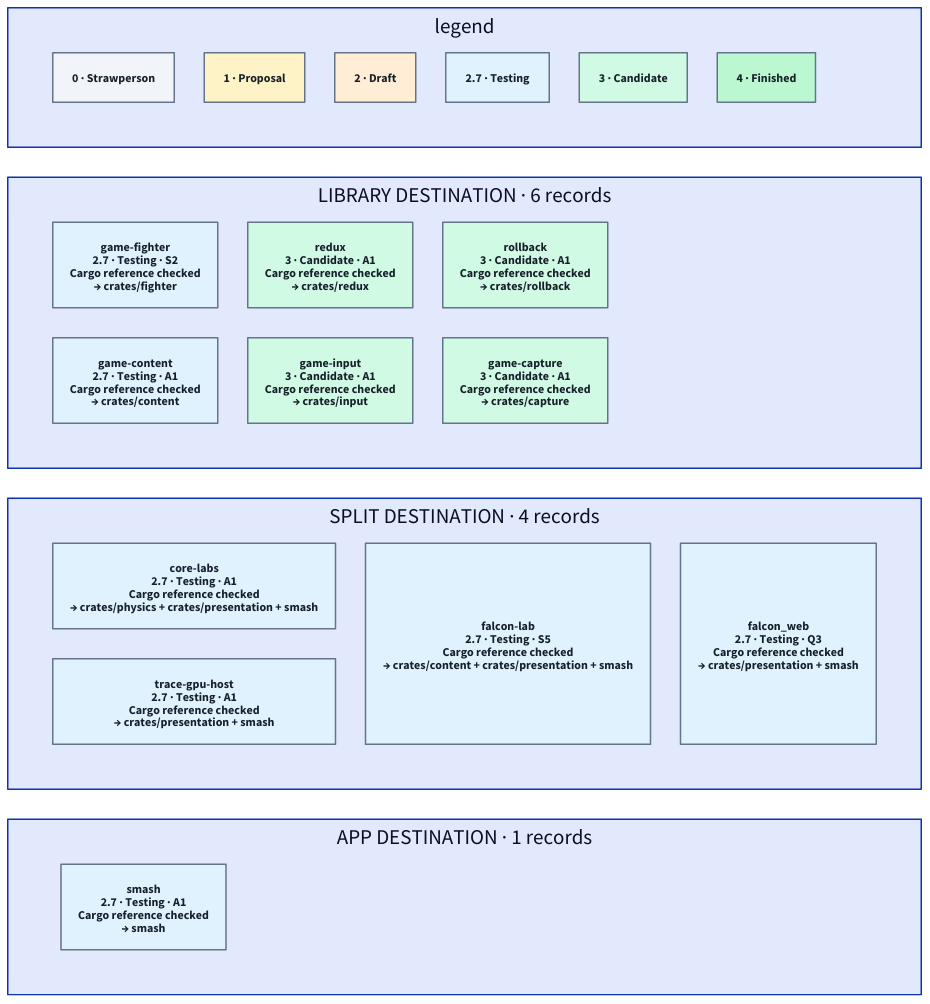
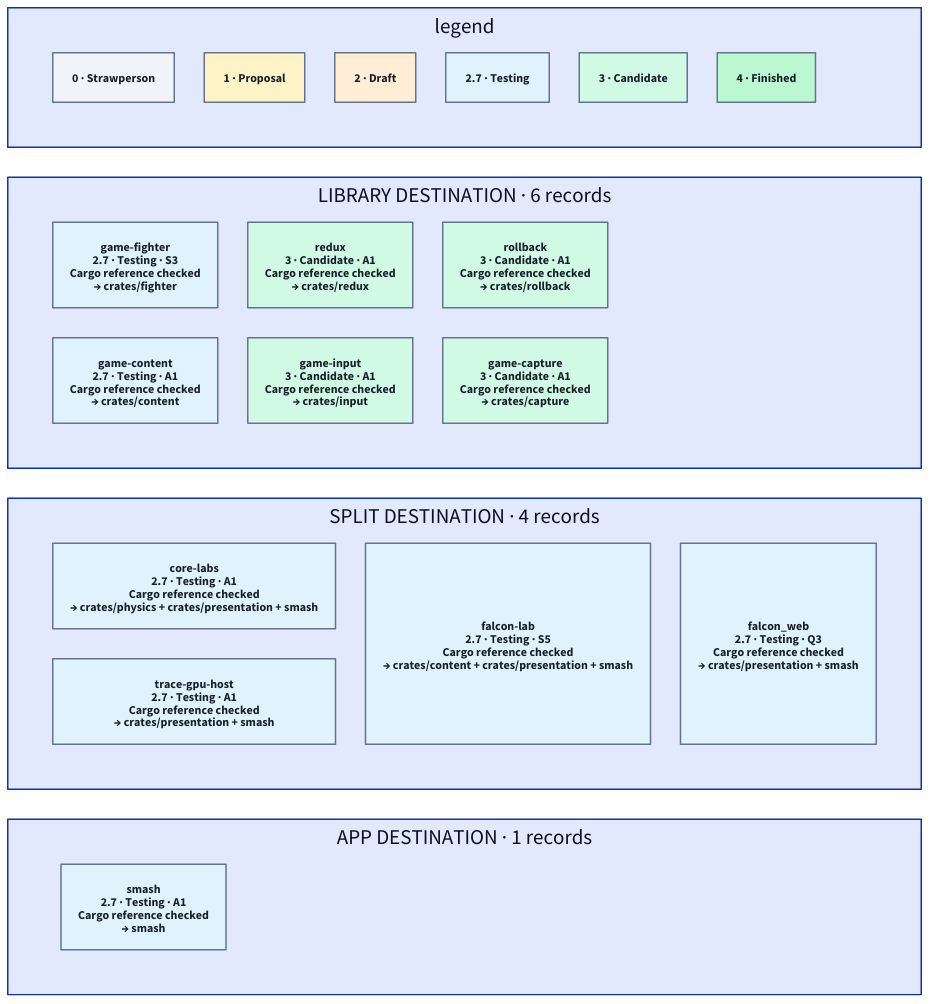
Before and after one commit to hafley66/hafley-rs: the diagram in games/classification/3_registry.d2, drawn with D2. The commit also changed 11 other files, not shown here.

```diff
--- a/games/classification/3_registry.d2
+++ b/games/classification/3_registry.d2
@@ -1,32 +1,32 @@
 # Generated from 1_registry.tsp. Do not edit.
 label: "05 · CHECKED CRATE INVENTORY / TC39-style promotion stages"
 grid-columns: 1
 legend: {
 grid-columns: 6
 s0: "0 · Strawperson" {style.fill: "#F1F5F9"; style.font-color: "#17202A"; style.stroke: "#64748B"}
 s1: "1 · Proposal" {style.fill: "#FEF3C7"; style.font-color: "#17202A"; style.stroke: "#64748B"}
 s2: "2 · Draft" {style.fill: "#FFEDD5"; style.font-color: "#17202A"; style.stroke: "#64748B"}
 s3: "2.7 · Testing" {style.fill: "#E0F2FE"; style.font-color: "#17202A"; style.stroke: "#64748B"}
 s4: "3 · Candidate" {style.fill: "#D1FAE5"; style.font-color: "#17202A"; style.stroke: "#64748B"}
 s5: "4 · Finished" {style.fill: "#BBF7D0"; style.font-color: "#17202A"; style.stroke: "#64748B"}
 }
 library: "LIBRARY DESTINATION · 6 records" {
 grid-columns: 3
-"game-fighter": "game-fighter\n2.7 · Testing · S2\nCargo reference checked\n→ crates/fighter" {style.fill: "#E0F2FE"; style.font-color: "#17202A"; style.stroke: "#64748B"}
+"game-fighter": "game-fighter\n2.7 · Testing · S3\nCargo reference checked\n→ crates/fighter" {style.fill: "#E0F2FE"; style.font-color: "#17202A"; style.stroke: "#64748B"}
 "game-content": "game-content\n2.7 · Testing · A1\nCargo reference checked\n→ crates/content" {style.fill: "#E0F2FE"; style.font-color: "#17202A"; style.stroke: "#64748B"}
 "redux": "redux\n3 · Candidate · A1\nCargo reference checked\n→ crates/redux" {style.fill: "#D1FAE5"; style.font-color: "#17202A"; style.stroke: "#64748B"}
 "game-input": "game-input\n3 · Candidate · A1\nCargo reference checked\n→ crates/input" {style.fill: "#D1FAE5"; style.font-color: "#17202A"; style.stroke: "#64748B"}
 "rollback": "rollback\n3 · Candidate · A1\nCargo reference checked\n→ crates/rollback" {style.fill: "#D1FAE5"; style.font-color: "#17202A"; style.stroke: "#64748B"}
 "game-capture": "game-capture\n3 · Candidate · A1\nCargo reference checked\n→ crates/capture" {style.fill: "#D1FAE5"; style.font-color: "#17202A"; style.stroke: "#64748B"}
 }
 split: "SPLIT DESTINATION · 4 records" {
 grid-columns: 3
 "core-labs": "core-labs\n2.7 · Testing · A1\nCargo reference checked\n→ crates/physics + crates/presentation + smash" {style.fill: "#E0F2FE"; style.font-color: "#17202A"; style.stroke: "#64748B"}
 "trace-gpu-host": "trace-gpu-host\n2.7 · Testing · A1\nCargo reference checked\n→ crates/presentation + smash" {style.fill: "#E0F2FE"; style.font-color: "#17202A"; style.stroke: "#64748B"}
 "falcon-lab": "falcon-lab\n2.7 · Testing · S5\nCargo reference checked\n→ crates/content + crates/presentation + smash" {style.fill: "#E0F2FE"; style.font-color: "#17202A"; style.stroke: "#64748B"}
 "falcon_web": "falcon_web\n2.7 · Testing · Q3\nCargo reference checked\n→ crates/presentation + smash" {style.fill: "#E0F2FE"; style.font-color: "#17202A"; style.stroke: "#64748B"}
 }
 app: "APP DESTINATION · 1 records" {
 grid-columns: 3
 "smash": "smash\n2.7 · Testing · A1\nCargo reference checked\n→ smash" {style.fill: "#E0F2FE"; style.font-color: "#17202A"; style.stroke: "#64748B"}
 }
```
